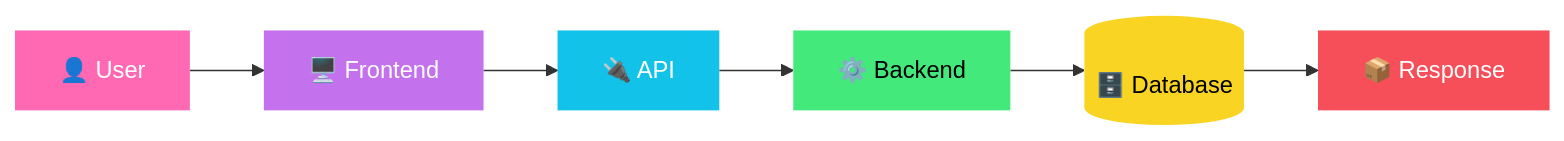
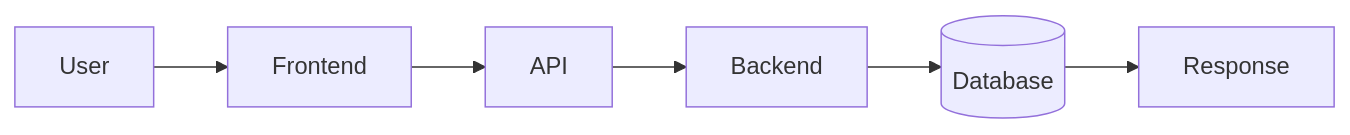
Before and after one commit to sanidhya2506/sanidhya2506: the first of 2 diagrams in README.md, drawn with Mermaid. The commit also changed other lines of this file, not shown here.

````diff
--- a/README.md
+++ b/README.md
@@ -242,10 +130,4 @@
 ```mermaid
 flowchart LR
-    U[👤 User] --> F[🖥️ Frontend] --> A[🔌 API] --> B[⚙️ Backend] --> D[(🗄️ Database)] --> R[📦 Response]
-    style U fill:#ff69b4,color:#fff,stroke:none
-    style F fill:#c471ed,color:#fff,stroke:none
-    style A fill:#12c2e9,color:#fff,stroke:none
-    style B fill:#43e97b,color:#000,stroke:none
-    style D fill:#f9d423,color:#000,stroke:none
-    style R fill:#f64f59,color:#fff,stroke:none
+    U[User] --> F[Frontend] --> A[API] --> B[Backend] --> D[(Database)] --> R[Response]
 ```
````
